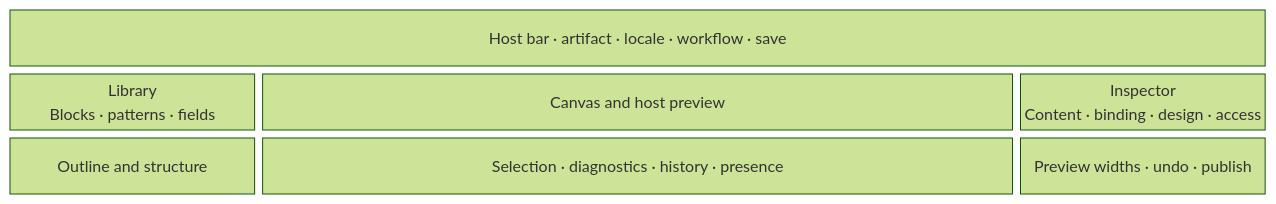
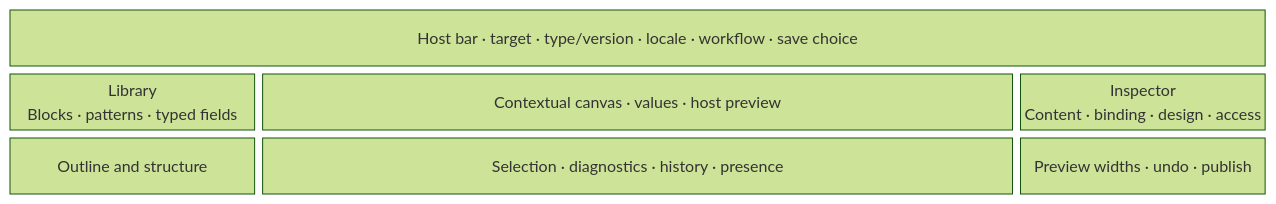
One commit to kumwe/studio changed the diagram in docs/experience/workspace.md. Above: the diagram before and after it, drawn with Mermaid (forest theme). The commit also changed other lines of this file and 7 other files, not shown here.

````diff
--- a/docs/experience/workspace.md
+++ b/docs/experience/workspace.md
@@ -7,11 +17,11 @@
 ```mermaid
 block-beta
   columns 5
-  header["Host bar · artifact · locale · workflow · save"]:5
-  library["Library\nBlocks · patterns · fields"]
-  workspace["Canvas and host preview"]:3
+  header["Host bar · target · type/version · locale · workflow · save choice"]:5
+  library["Library\nBlocks · patterns · typed fields"]
+  workspace["Contextual canvas · values · host preview"]:3
   inspector["Inspector\nContent · binding · design · access"]
   outline["Outline and structure"]
   status["Selection · diagnostics · history · presence"]:3
   actions["Preview widths · undo · publish"]
 ```
````
